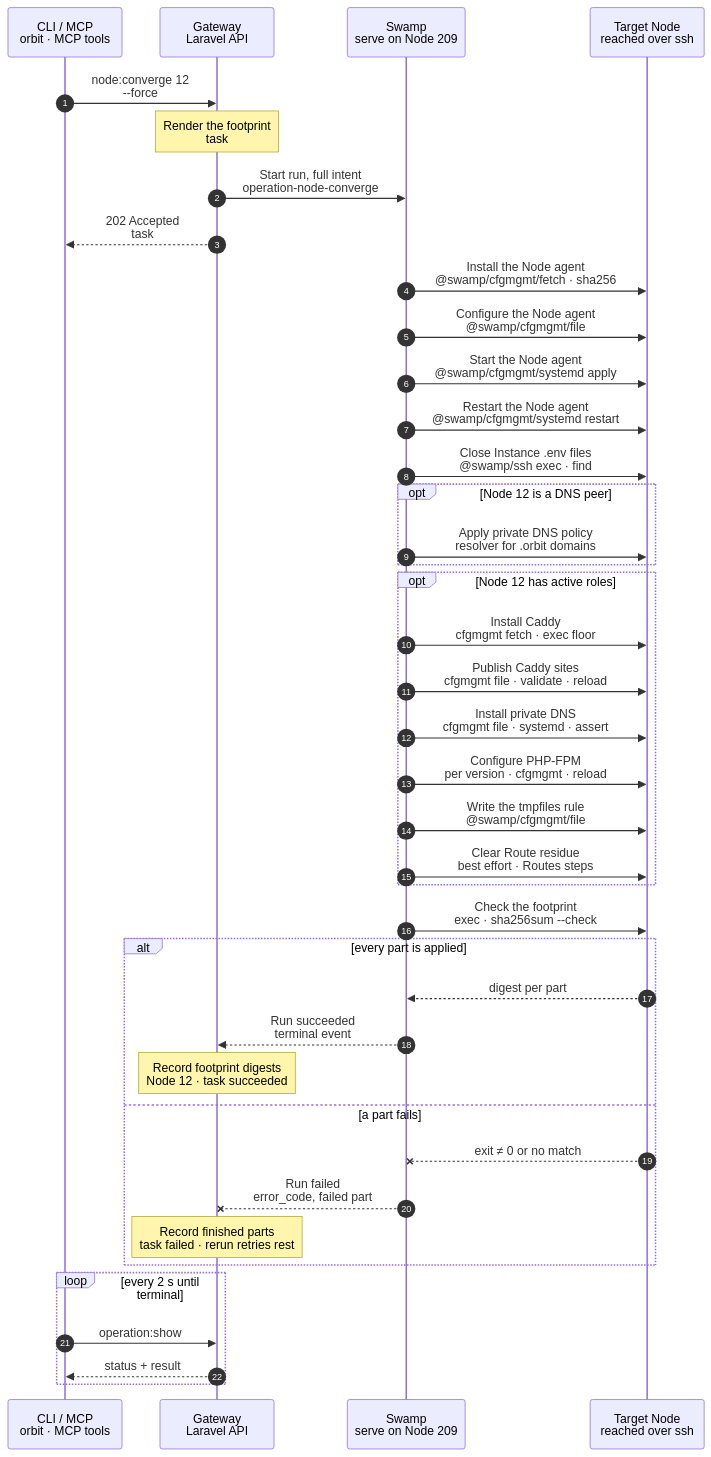
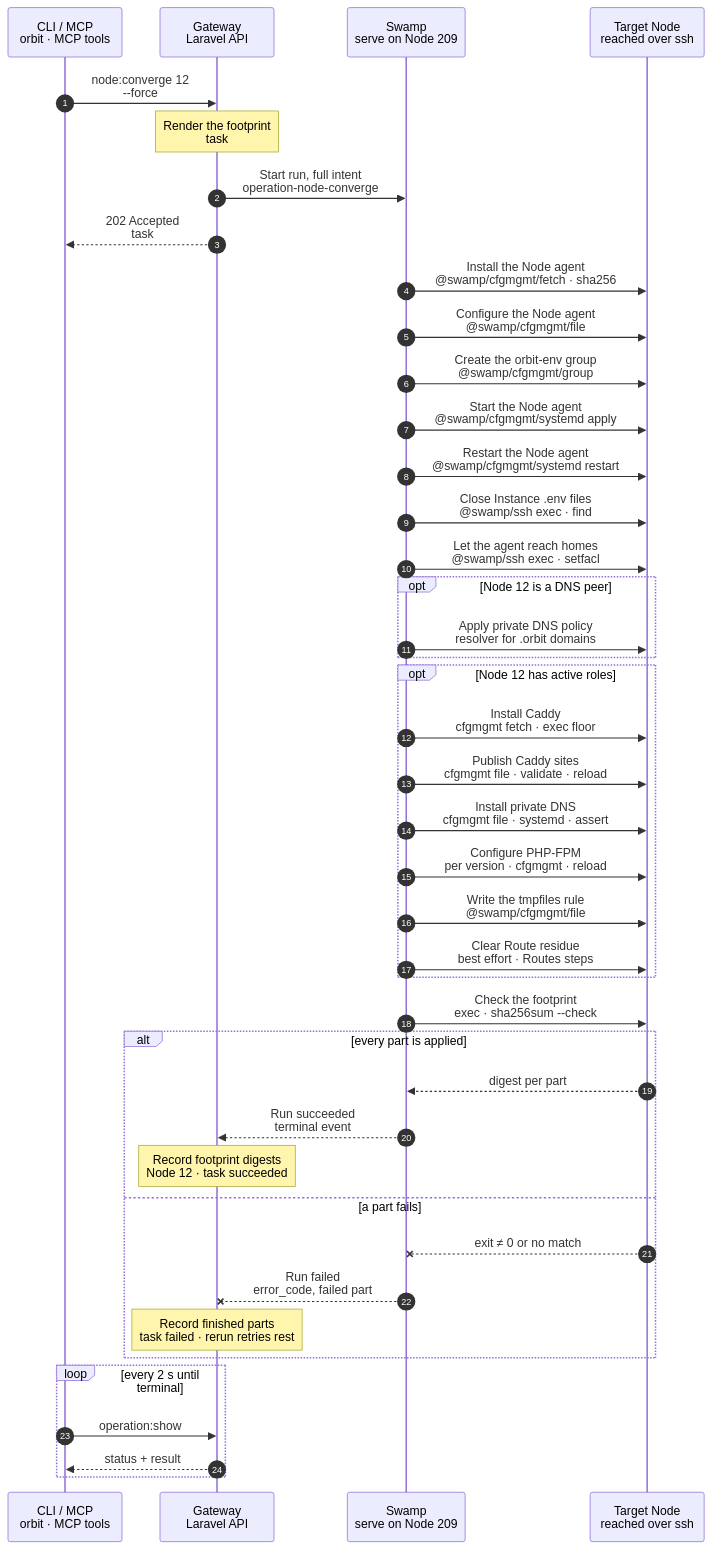
Before and after one commit to hardimpactdev/orbit: the diagram in docs/cli/node/converge.mmd, drawn with Mermaid. The commit also changed 64 other files, not shown here.

```diff
--- a/docs/cli/node/converge.mmd
+++ b/docs/cli/node/converge.mmd
@@ -1,172 +1,182 @@
 sequenceDiagram
   %% Target design: ADR 0243/0244 task, DECISIONS R1-R4, agent-observer-swamp-acts, single-swamp-node. docs/reference/node-provisioning.md#converge-the-orbit-footprint.
   %% status: draft
   %% command: node:converge
   %% kind: node.converge
   autonumber
   %% lane CLI icon=terminal pill=caller tone=gray
   %% lane GW icon=gateway pill=intent tone=blue
   %% lane SW icon=workflow pill=executes tone=green
   %% lane N icon=server pill=target tone=amber
   participant CLI as CLI / MCP<br/>orbit · MCP tools
   participant GW as Gateway<br/>Laravel API
   participant SW as Swamp<br/>serve on Node 209
   participant N as Target Node<br/>reached over ssh
   CLI->>GW: node:converge 12<br/>--force
   %%> Command:
   %%> - `orbit node:converge 12 --force`
   %%> - syntax: `<node> [--force] [--idempotency-key=KEY] [--json]`
   %%> Input:
   %%> - the Node, by id or exact name
   %%> - `--force` re-applies every part, not only the parts whose digest changed
   %%> What it does:
   %%> - re-applies Orbit's own files on Node 12: the Node agent, the private DNS client policy, and the files of its active roles
   %%> - never changes an Instance, a Process, a Schedule or a role assignment, so it is safe on a Node that owns Instances
   %%> Who can call it:
   %%> - the `orbit` CLI, the MCP tool, and the fleet rollout send the same request
   Note over GW: Render the footprint<br/>task #5132 · digest per part
   %%> Requirements:
   %%> - your Node has an access grant to Node 12
   %%> - Node 12 is an active, managed Linux Node
   %%> - no other converge or Node agent rekey runs for Node 12; the Gateway holds one lock per Node
   %%> Builds:
   %%> - the pinned `orbit-agent` release and its SHA-256
   %%> - the Node agent configuration, Orbit root certificate and unit
   %%> - the private DNS client policy, when Node 12 is a peer with roles
   %%> Refuses:
   %%> - a part the Gateway cannot render, before any run starts
   %%> - the files of each active role, through the shared role steps
   %%> - one digest per part, from the Gateway's own code and pins; no SSH
   %%> Result:
   %%> - task #5132 recorded with the full intent and the parts to apply
   %%> - unchanged parts are left out, unless `--force`
   GW->>SW: Start run, full intent<br/>operation-node-converge
   %%> What it does:
   %%> - starts one Swamp run on serve (Node 209)
   %%> Inputs:
   %%> - the parts to apply, with their files and digests
   %%> - the agent's verifier hash, to check the existing key; never the key
   %%> - Node 12's address and SSH host keys; the SSH identity comes from the `swamp` role
   GW-->>CLI: 202 Accepted<br/>task #5132
   %%> What you get:
   %%> - the task number, at once
   %%> Next:
   %%> - the CLI follows the task with `operation:show`
   SW->>N: Install the Node agent<br/>@swamp/cfgmgmt/fetch · sha256
   %%> What it does:
   %%> - downloads the pinned `orbit-agent` release to `/usr/local/bin/orbit-agent` and checks its SHA-256
   %%> - a binary that already matches the pin is left alone
   %%> How:
   %%> - the official `@swamp/cfgmgmt/fetch` behavior over SSH from 209, with sudo
   %%> - no `orbit-agent command …`; the agent only observes and runs no actions
   SW->>N: Configure the Node agent<br/>@swamp/cfgmgmt/file
   %%> What it does:
   %%> - writes `config.toml` and `ca.pem` in `/etc/orbit/agent`, one official `file` behavior each
   %%> Keeps the key:
   %%> - never writes `/etc/orbit/agent/secret`; the end check compares it with the recorded verifier
+  SW->>N: Create the orbit-env group<br/>@swamp/cfgmgmt/group
+  %%> What it does:
+  %%> - creates the `orbit-env` system group when the Node lacks it
+  %%> Why first:
+  %%> - the unit names the group in `SupplementaryGroups`, and a unit that names a missing group does not start
   SW->>N: Start the Node agent<br/>@swamp/cfgmgmt/systemd apply
   %%> What it does:
-  %%> - writes the `orbit-agent.service` unit the Gateway rendered, with access to the apps root, then enables and starts it
+  %%> - writes the `orbit-agent.service` unit the Gateway rendered, with access to the apps root and the production homes, and the `orbit-env` group, then enables and starts it
   SW->>N: Restart the Node agent<br/>@swamp/cfgmgmt/systemd restart
   %%> What it does:
   %%> - restarts the agent so it reads its new binary and files
   %%> Why always:
   %%> - this part only runs when its digest changed, or with `--force`
   SW->>N: Close Instance .env files<br/>@swamp/ssh exec · find
   %%> What it does:
   %%> - removes the world bits from `.env` in each Instance checkout under the apps root, in one `find`
   %%> On failure:
   %%> - best effort: a checkout that is gone does not fail the converge
+  SW->>N: Let the agent reach homes<br/>@swamp/ssh exec · setfacl
+  %%> What it does:
+  %%> - gives the `orbit-env` group traverse on each production home, `g:orbit-env:--x`, in one `setfacl` argv, as Caddy has traverse on a release
+  %%> When:
+  %%> - only on a Node with production Instances
   opt Node 12 is a DNS peer
     SW->>N: Apply private DNS policy<br/>resolver for .orbit domains
     %%> When:
     %%> - Node 12 is an active managed peer with roles; not the `vpn` Node and not the Gateway's Node
     %%> What it does:
     %%> - sends the private `.orbit` domains to the Orbit DNS server, with the split DNS policy
     %%> - no WireGuard tunnel restart
   end
   opt Node 12 has active roles
     SW->>N: Install Caddy<br/>cfgmgmt fetch · exec floor
     %%> What it does:
     %%> - downloads the pinned Caddy package with `@swamp/cfgmgmt/fetch`, checked against its SHA-256
     %%> - installs it with `@swamp/cfgmgmt/exec`, unless the installed Caddy already meets the version floor
     %%> - proves the floor with `dpkg --compare-versions`
     %%> For:
     %%> - a Caddy role or Caddy sites
     %%> Every role part:
     %%> - runs only when its digest changed or with `--force`
     %%> - runs beside the other parts; one part's failure never stops another
     SW->>N: Publish Caddy sites<br/>cfgmgmt file · validate · reload
     %%> What it does:
     %%> - writes the rendered Caddyfile as a candidate, validates it as the `caddy` user, publishes it with the Routes Caddy step, and removes the candidate
     %%> - a Caddyfile Caddy refuses fails this part; the published Caddyfile stays
     %%> - a Caddyfile the Gateway could not render is skipped and reported
     SW->>N: Install private DNS<br/>cfgmgmt file · systemd · assert
     %%> For:
     %%> - a `vpn` Node that publishes private DNS
     %%> What it does:
     %%> - writes the listener release files, self-tests the release, then writes the socket and service units with `@swamp/cfgmgmt/systemd`
     %%> - writes the dnsmasq records and the catalog, tests dnsmasq, restarts it and the listener
     %%> - asserts that the listener loaded the new catalog
     %%> No rollback:
     %%> - a failed check leaves the new files; a rerun repairs them
     SW->>N: Configure PHP-FPM<br/>per version · cfgmgmt · reload
     %%> For:
     %%> - `app-dev` and `app-prod`, once per PHP version; a version without PHP-FPM is skipped
     %%> What it does:
     %%> - writes Orbit's runtime settings, links them into PHP-FPM, sets the master's stop timeout, tests the configuration and reloads the running masters
     SW->>N: Write the tmpfiles rule<br/>@swamp/cfgmgmt/file
     %%> For:
     %%> - `app-dev`: the `/etc/tmpfiles.d/orbit.conf` rule for `/tmp/orbit-*` and `/dev/shm/orbit-*`; restarts nothing
     SW->>N: Clear Route residue<br/>best effort · Routes steps
     %%> What it does:
     %%> - removes the Caddy sites, PHP pools, certificates, LAN and ingress rules of removed Routes
     %%> - a failure is reported and the part is retried on the next converge; it never fails the task
     %%> Not included:
     %%> - adding or removing a role, and Metrics exporters; those have their own commands
   end
   SW->>N: Check the footprint<br/>exec · sha256sum --check
   %%> What it does:
   %%> - one `sha256sum --check` against the Gateway's hashes: the pinned binary, the recorded key and the agent's `config.toml` and `ca.pem`
   %%> - a missing or mismatched key or file fails this step; `orbit:node-agent-rekey` issues a new key
   %%> Why:
   %%> - a part only counts as applied when the Node shows it; this is the one end check, so there is no separate assert
   %%> Returns:
   %%> - the Gateway reads every step's outcome from Swamp's run data
   alt every part is applied
     N-->>SW: digest per part
     %%> Returns:
     %%> - the check passed for every part
     SW-->>GW: Run succeeded<br/>terminal event
     %%> How the Gateway learns it:
     %%> - its shared run reader sees the terminal event; Swamp never calls the Gateway
     Note over GW: Record footprint digests<br/>Node 12 · task succeeded
     %%> Result:
     %%> - the digest of each applied part, and Node 12's footprint digest
     %%> - the fleet rollout sees Node 12 as up to date
     %%> - task #5132 succeeds
   else a part fails
     N--xSW: exit ≠ 0 or no match
     %%> When:
     %%> - a download doesn't match its pin, the Node agent's key doesn't match, Caddy or PHP-FPM refuse their configuration, or a check fails
     SW--xGW: Run failed<br/>error_code, failed part
     %%> The Gateway reads:
     %%> - which part failed and its error code, and which parts finished before it
     Note over GW: Record finished parts<br/>task failed · rerun retries rest
     %%> Result:
     %%> - the digests of the finished parts are recorded; the failed part keeps its old digest
     %%> - task #5132 fails
     %%> On the Node:
     %%> - finished parts stay; there is no rollback
     %%> - the running Node agent keeps its key, so it keeps reporting
     %%> Retry:
     %%> - run the same command again after fixing the cause; it applies only the parts that are still different
   end
   loop every 2 s until terminal
     CLI->>GW: operation:show #5132
     %%> What it does:
     %%> - asks for the task's status every 2 seconds until it has ended
     GW-->>CLI: status + result
     %%> Returns:
     %%> - the current status, and the result once the task has ended
   end
```
